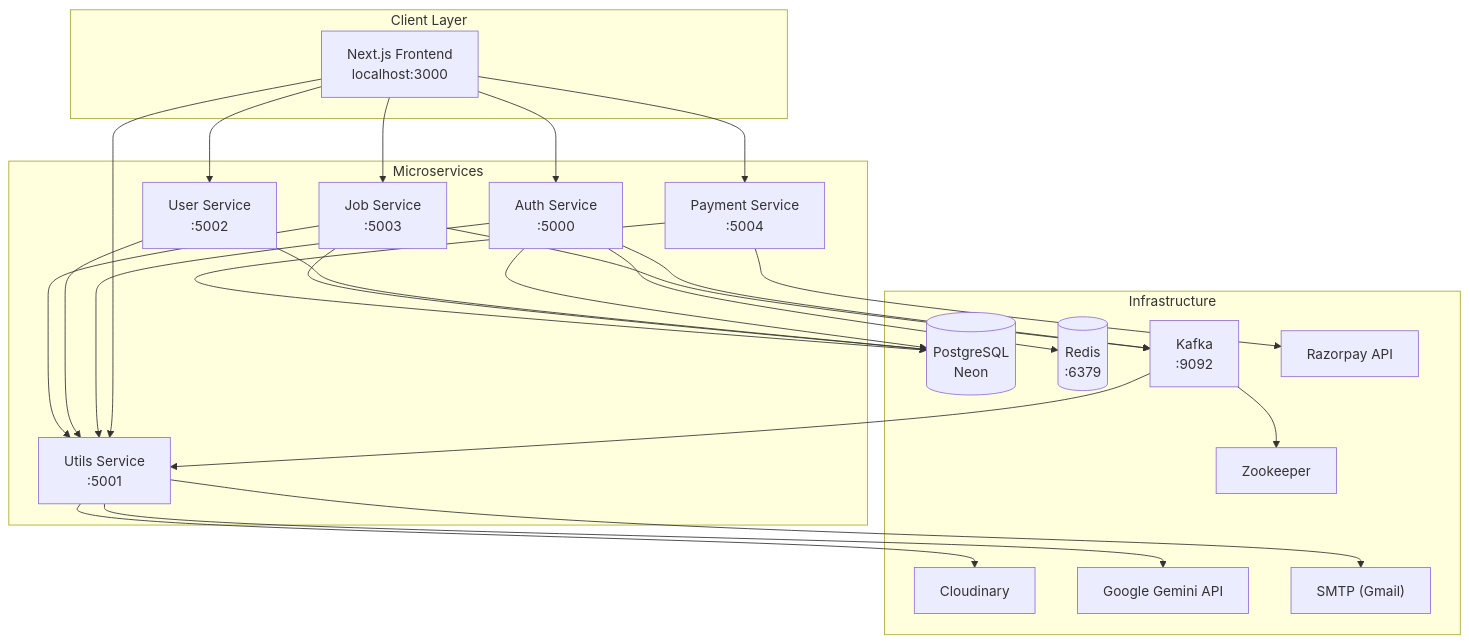
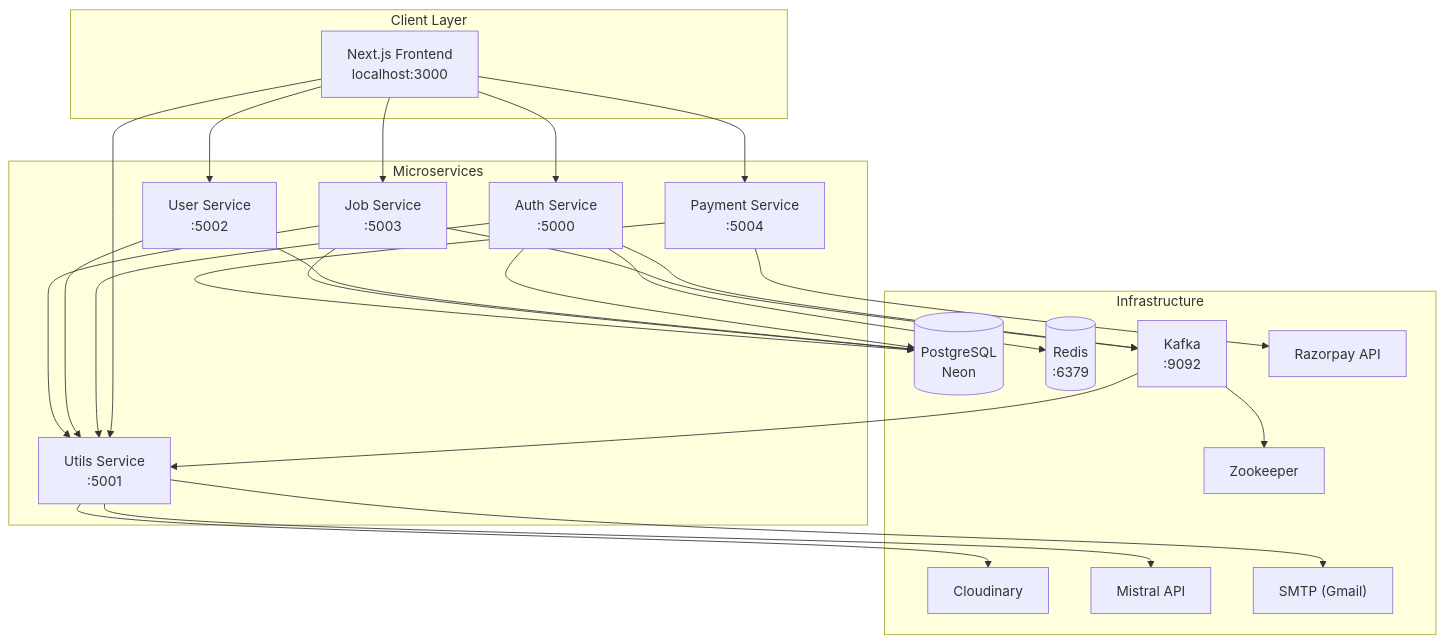
Before and after one commit to so8-ham/HireHeaven: the first of 4 diagrams in job-portal/README.md, drawn with Mermaid. The commit also changed other lines of this file and 16 other files, not shown here.

````diff
--- a/job-portal/README.md
+++ b/job-portal/README.md
@@ -70,52 +70,52 @@
 ```mermaid
 flowchart TB
     subgraph Client["Client Layer"]
         FE["Next.js Frontend<br/>localhost:3000"]
     end
 
     subgraph Services["Microservices"]
         AUTH["Auth Service<br/>:5000"]
         USER["User Service<br/>:5002"]
         JOB["Job Service<br/>:5003"]
         PAY["Payment Service<br/>:5004"]
         UTIL["Utils Service<br/>:5001"]
     end
 
     subgraph Infra["Infrastructure"]
         DB[("PostgreSQL<br/>Neon")]
         REDIS[("Redis<br/>:6379")]
         KAFKA["Kafka<br/>:9092"]
         ZK["Zookeeper"]
         CLOUD["Cloudinary"]
-        GEMINI["Google Gemini API"]
+        MISTRAL["Mistral API"]
         RAZOR["Razorpay API"]
         SMTP["SMTP (Gmail)"]
     end
 
     FE --> AUTH
     FE --> USER
     FE --> JOB
     FE --> PAY
     FE --> UTIL
 
     AUTH --> DB
     USER --> DB
     JOB --> DB
     PAY --> DB
 
     AUTH --> REDIS
     AUTH --> UTIL
     USER --> UTIL
     JOB --> UTIL
 
     AUTH --> KAFKA
     JOB --> KAFKA
     KAFKA --> UTIL
     UTIL --> SMTP
 
     UTIL --> CLOUD
-    UTIL --> GEMINI
+    UTIL --> MISTRAL
     PAY --> RAZOR
 
     KAFKA --> ZK
 ```
````
